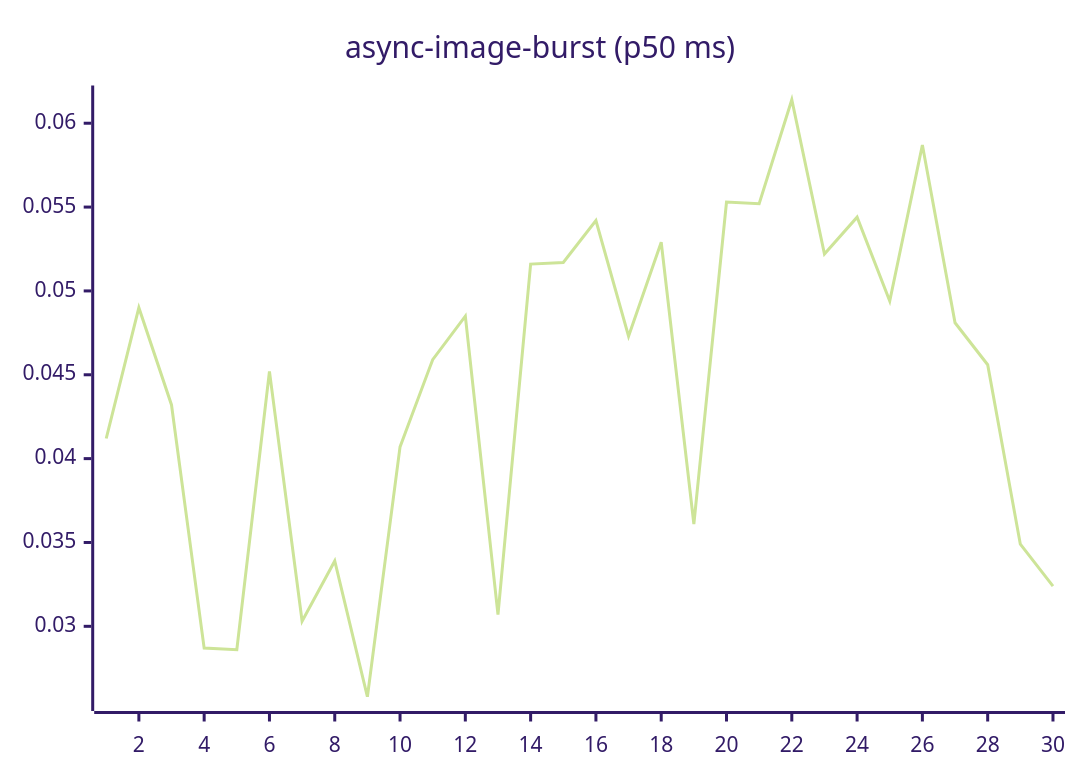
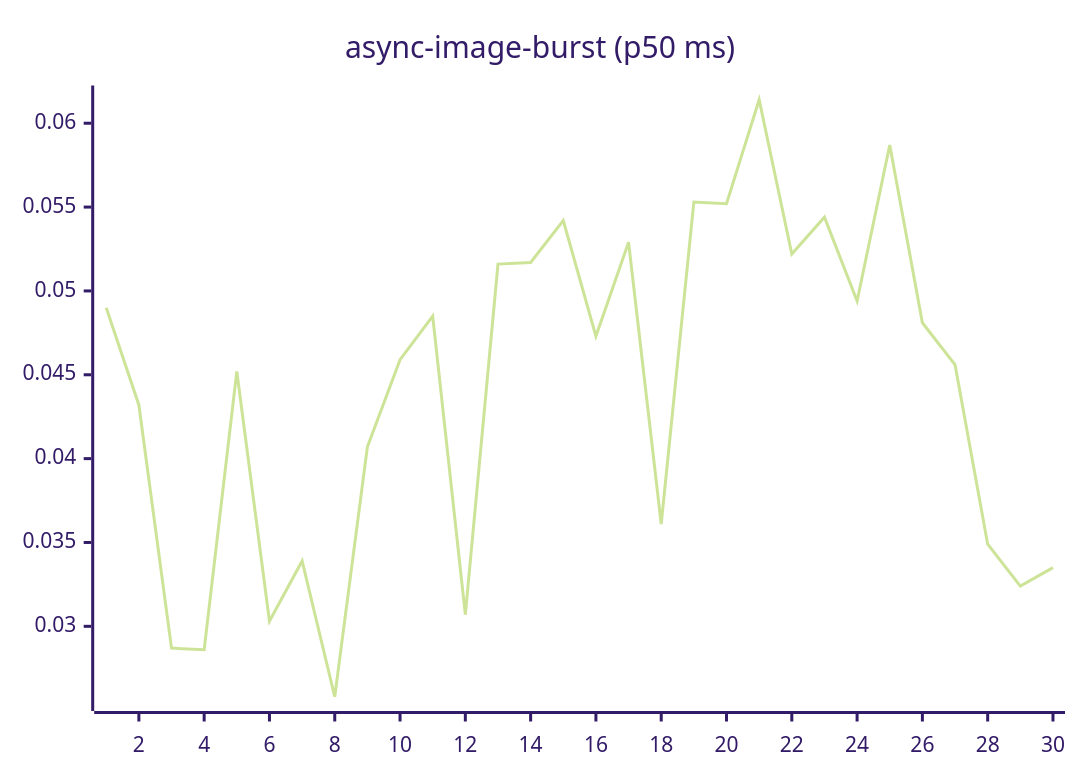
Before and after one commit to josha/Facet: the fourth of 27 diagrams in README.md, drawn with Mermaid (forest theme). The commit also changed other lines of this file and 2 other files, not shown here.

````diff
--- a/README.md
+++ b/README.md
@@ -84,6 +84,6 @@
 ```mermaid
 xychart-beta
     title "async-image-burst (p50 ms)"
     x-axis 1 --> 30
-    line [0.0412, 0.0490, 0.0432, 0.0287, 0.0286, 0.0452, 0.0303, 0.0339, 0.0258, 0.0407, 0.0459, 0.0485, 0.0307, 0.0516, 0.0517, 0.0542, 0.0473, 0.0529, 0.0361, 0.0553, 0.0552, 0.0614, 0.0522, 0.0544, 0.0494, 0.0587, 0.0481, 0.0456, 0.0349, 0.0324]
+    line [0.0490, 0.0432, 0.0287, 0.0286, 0.0452, 0.0303, 0.0339, 0.0258, 0.0407, 0.0459, 0.0485, 0.0307, 0.0516, 0.0517, 0.0542, 0.0473, 0.0529, 0.0361, 0.0553, 0.0552, 0.0614, 0.0522, 0.0544, 0.0494, 0.0587, 0.0481, 0.0456, 0.0349, 0.0324, 0.0335]
 ```
````
